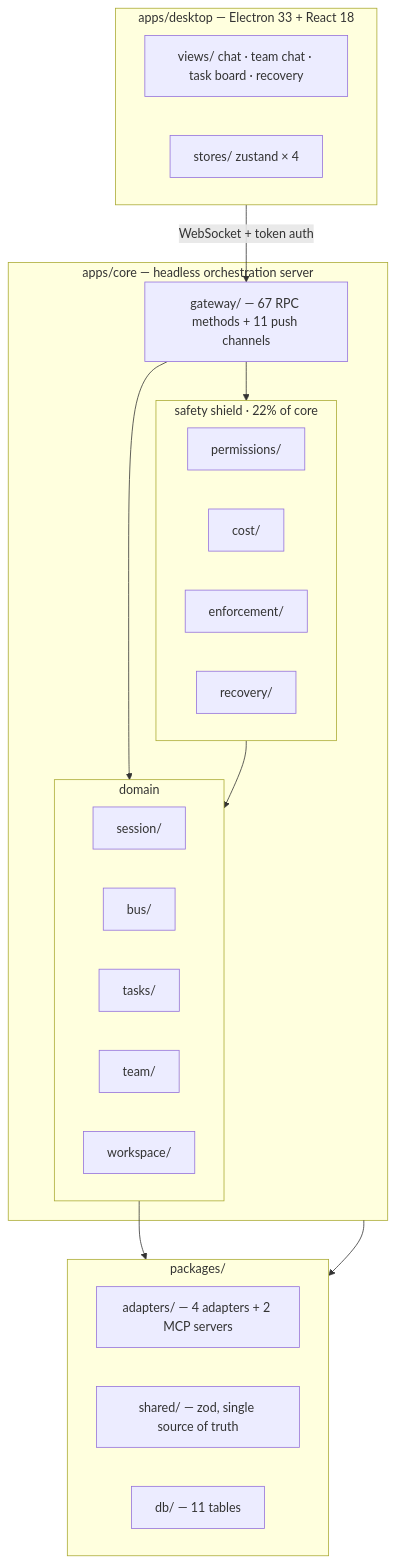
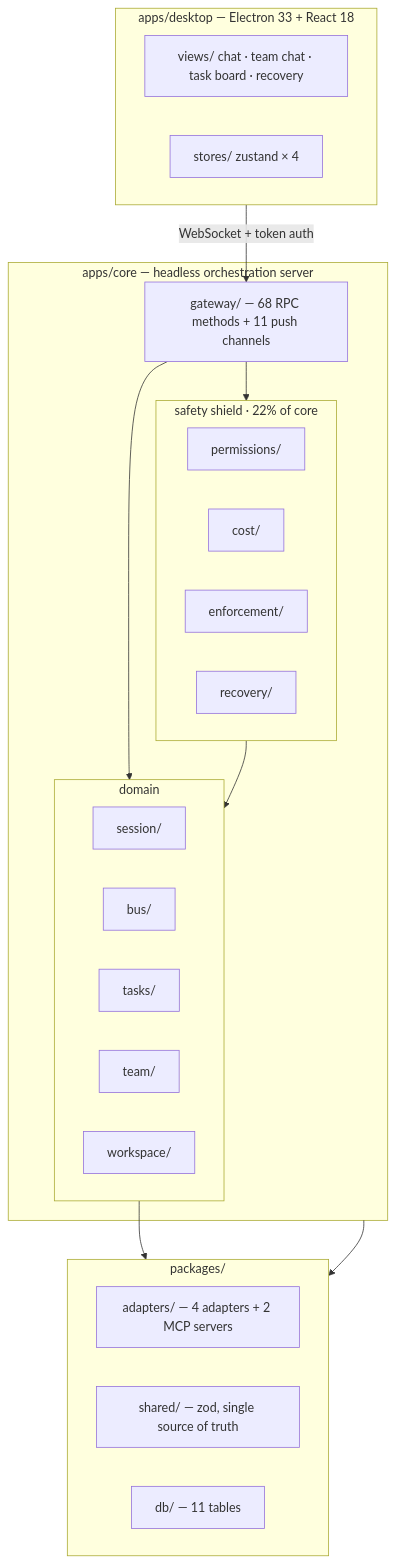
Before and after one commit to xing-101729/deskmony: the second of 3 diagrams in README.md, drawn with Mermaid. The commit also changed other lines of this file and 3 other files, not shown here.

````diff
--- a/README.md
+++ b/README.md
@@ -108,41 +108,41 @@
 ```mermaid
 flowchart TB
     subgraph SHELL["apps/desktop — Electron 33 + React 18"]
         direction LR
         Views["views/ chat · team chat · task board · recovery"]
         Stores["stores/ zustand × 4"]
     end
 
     subgraph CORE["apps/core — headless orchestration server"]
-        GW["gateway/ — 67 RPC methods + 11 push channels"]
+        GW["gateway/ — 68 RPC methods + 11 push channels"]
         subgraph DOMAIN["domain"]
             direction LR
             Sess["session/"]
             Bus["bus/"]
             Task["tasks/"]
             Team["team/"]
             Work["workspace/"]
         end
         subgraph SHIELD["safety shield · 22% of core"]
             direction LR
             Perm["permissions/"]
             Cost["cost/"]
             Enf["enforcement/"]
             Rec["recovery/"]
         end
     end
 
     subgraph PKG["packages/"]
         direction LR
         Adapters["adapters/ — 4 adapters + 2 MCP servers"]
         Shared["shared/ — zod, single source of truth"]
         Db["db/ — 11 tables"]
     end
 
     SHELL -- "WebSocket + token auth" --> GW
     GW --> DOMAIN
     GW --> SHIELD
     SHIELD --> DOMAIN
     DOMAIN --> Adapters
     CORE --> Db
 ```
````
